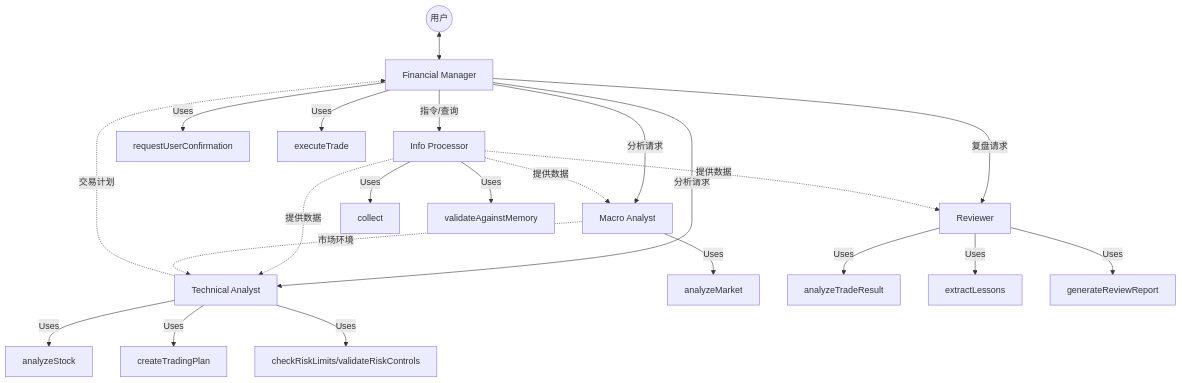
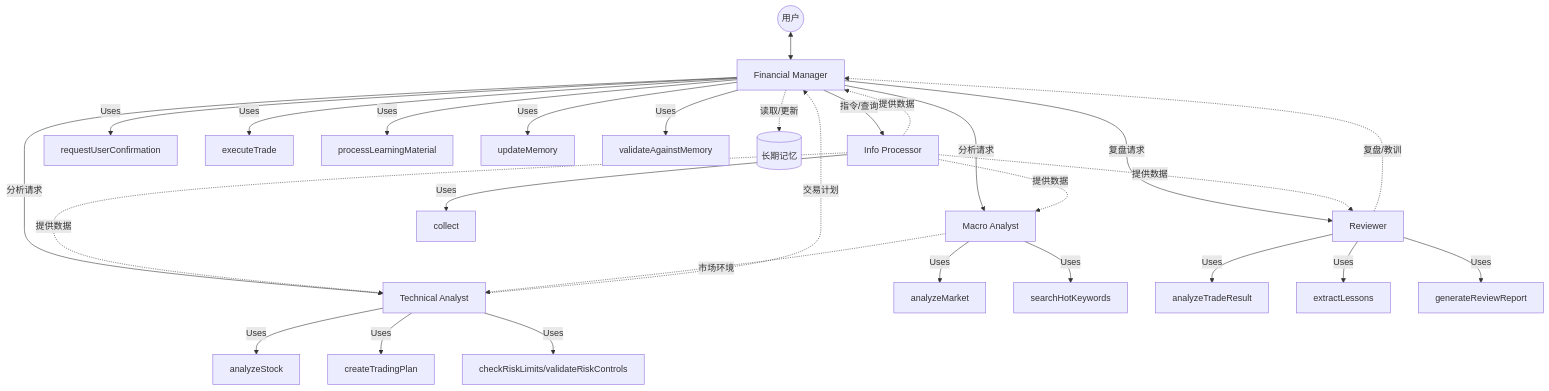
One commit to tanmingtao1994-gif/fincrew changed the diagram in specs/001-ai-financial-assistant/plan.md. Above: the diagram before and after it, drawn with Mermaid. The commit also changed other lines of this file, not shown here.

````diff
--- a/specs/001-ai-financial-assistant/plan.md
+++ b/specs/001-ai-financial-assistant/plan.md
@@ -202,34 +205,42 @@
 ```mermaid
 graph TD
     User((用户)) <--> FM[Financial Manager]
     
     FM -->|指令/查询| IP[Info Processor]
     FM -->|分析请求| MA[Macro Analyst]
     FM -->|分析请求| TA[Technical Analyst]
     FM -->|复盘请求| REV[Reviewer]
     
     %% Skills 依赖
+    FM -->|Uses| S_Confirm[requestUserConfirmation]
+    FM -->|Uses| S_Exec[executeTrade]
+    FM -->|Uses| S_Learn[processLearningMaterial]
+    FM -->|Uses| S_MemUpd[updateMemory]
+    FM -->|Uses| S_MemVal[validateAgainstMemory]
+
     IP -->|Uses| S_Collect[collect]
-    IP -->|Uses| S_MemVal[validateAgainstMemory]
     
     MA -->|Uses| S_MktAna[analyzeMarket]
+    MA -->|Uses| S_HotKey[searchHotKeywords]
     
     TA -->|Uses| S_StkAna[analyzeStock]
     TA -->|Uses| S_Plan[createTradingPlan]
     TA -->|Uses| S_Risk[checkRiskLimits/validateRiskControls]
     
     REV -->|Uses| S_TrdRes[analyzeTradeResult]
     REV -->|Uses| S_Less[extractLessons]
     REV -->|Uses| S_Rep[generateReviewReport]
     
-    FM -->|Uses| S_Confirm[requestUserConfirmation]
-    FM -->|Uses| S_Exec[executeTrade]
-    
     %% 数据流
+    IP -.->|提供数据| FM
     IP -.->|提供数据| MA
     IP -.->|提供数据| TA
     IP -.->|提供数据| REV
     
     TA -.->|交易计划| FM
     MA -.->|市场环境| TA
+    REV -.->|复盘/教训| FM
+    
+    %% 记忆流
+    FM -.->|读取/更新| Memory[(长期记忆)]
 ```
````
